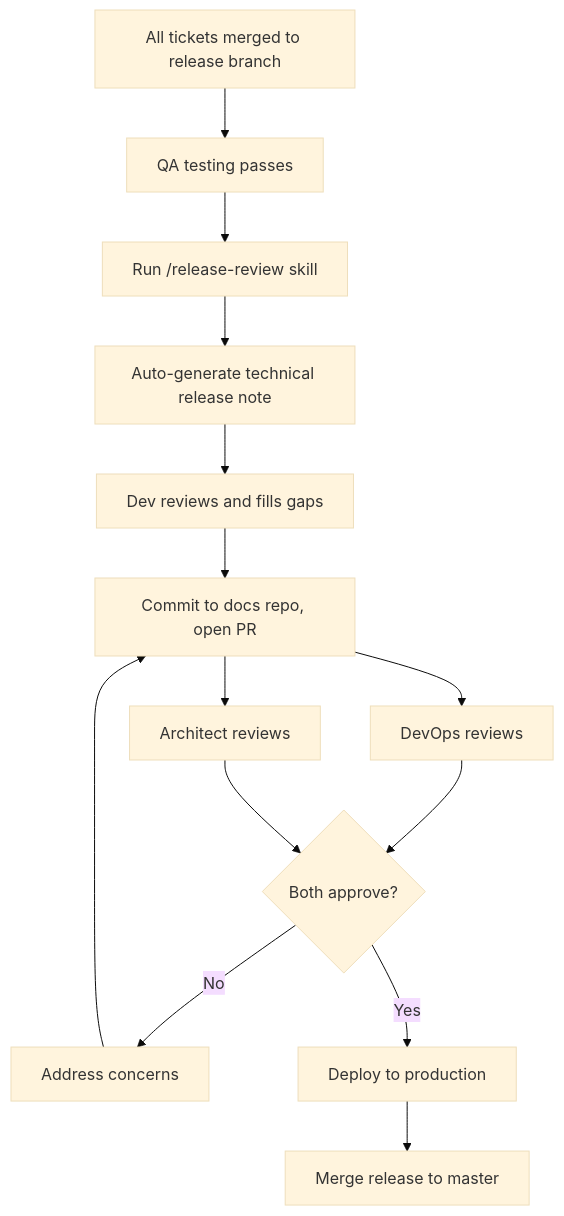
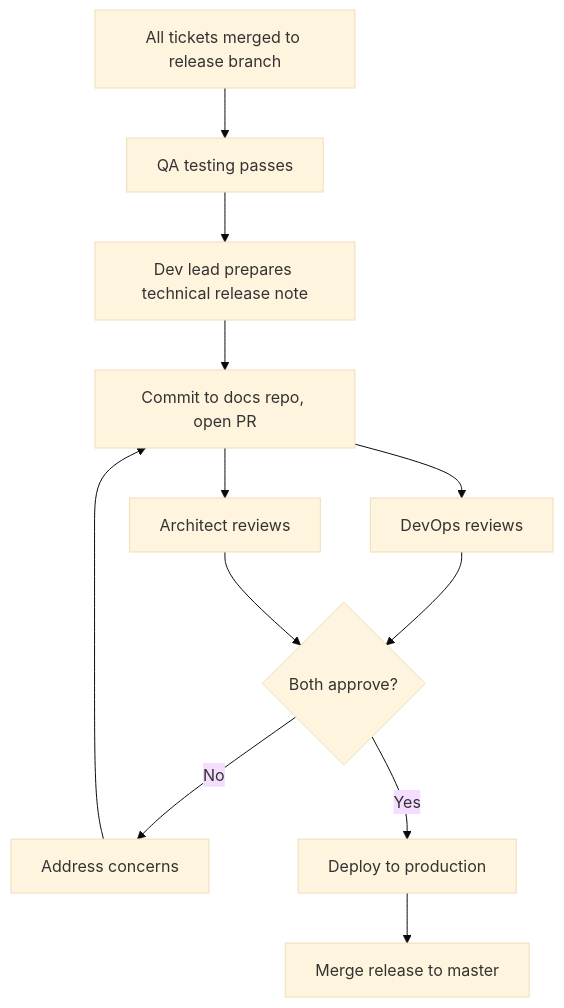
The third of 4 diagrams in docs/process/architecture-review-process.md (MinuteMenu/docs), drawn with Mermaid (base theme) before and after one commit. The commit also changed other lines of this file, not shown here.

````diff
--- a/docs/process/architecture-review-process.md
+++ b/docs/process/architecture-review-process.md
@@ -288,16 +213,14 @@
 ```mermaid
 flowchart TD
     A[All tickets merged to release branch] --> B[QA testing passes]
-    B --> C[Run /release-review skill]
-    C --> D[Auto-generate technical release note]
-    D --> E[Dev reviews and fills gaps]
-    E --> F[Commit to docs repo, open PR]
-    F --> G[DevOps reviews]
-    F --> H[Architect reviews]
-    G --> I{Both approve?}
-    H --> I
-    I -->|No| J[Address concerns]
-    J --> F
-    I -->|Yes| K[Deploy to production]
-    K --> L[Merge release to master]
+    B --> C[Dev lead prepares technical release note]
+    C --> D[Commit to docs repo, open PR]
+    D --> E[DevOps reviews]
+    D --> F[Architect reviews]
+    E --> G{Both approve?}
+    F --> G
+    G -->|No| H[Address concerns]
+    H --> D
+    G -->|Yes| I[Deploy to production]
+    I --> J[Merge release to master]
 ```
````
